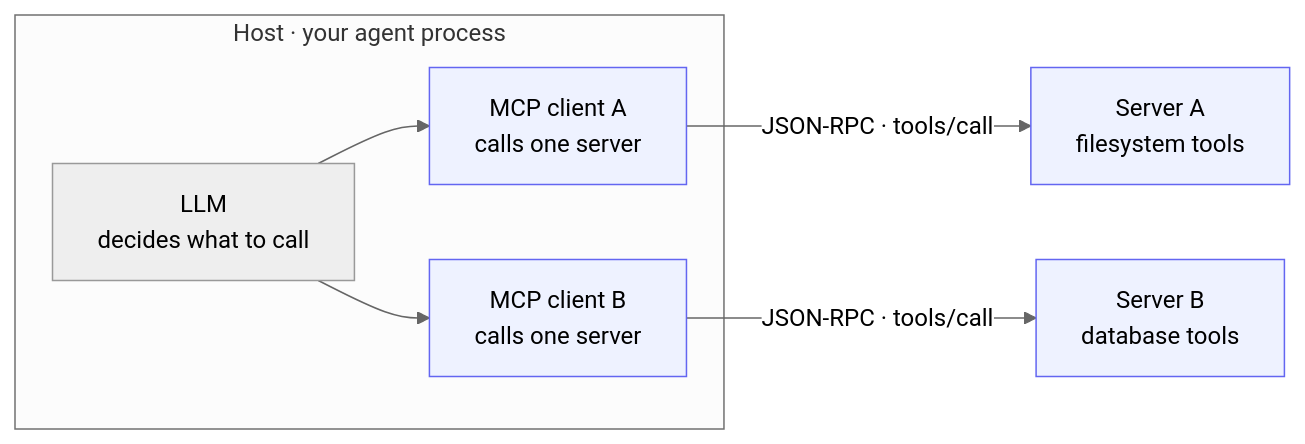
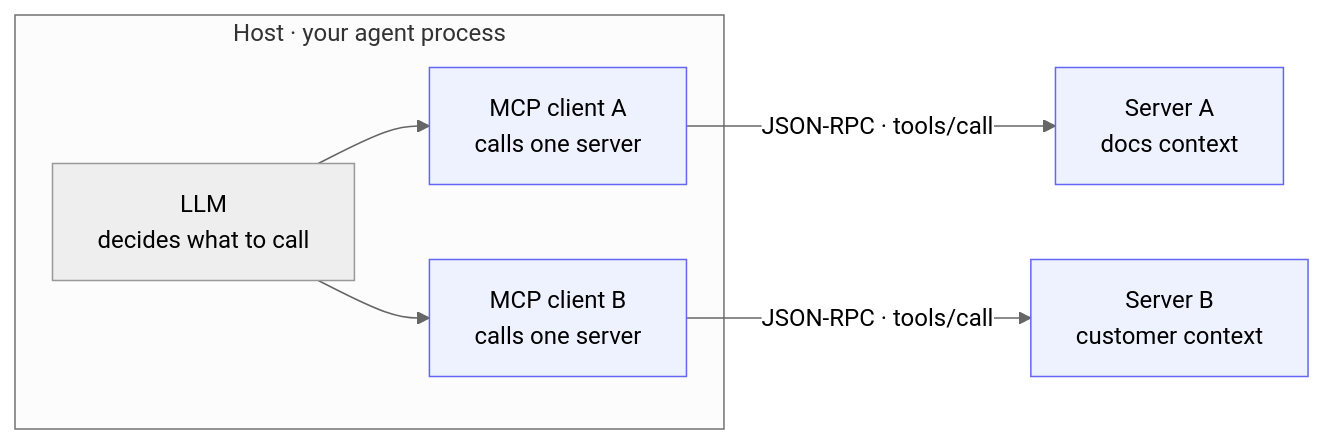
Before and after one commit to confident-ai/confident-docs: the second of 4 diagrams in fern/docs/pages/guides/evaluating-mcp.mdx, drawn with Mermaid (neutral theme). The commit also changed other lines of this file, not shown here.

````diff
--- a/fern/docs/pages/guides/evaluating-mcp.mdx
+++ b/fern/docs/pages/guides/evaluating-mcp.mdx
@@ -110,18 +110,18 @@
 ```mermaid
 graph LR
     subgraph Host["Host · your agent process"]
         LLM2["LLM<br/>decides what to call"]
         CA["MCP client A<br/>calls one server"]
         CB["MCP client B<br/>calls one server"]
         LLM2 --> CA
         LLM2 --> CB
     end
 
-    CA -->|"JSON-RPC · tools/call"| SA["Server A<br/>filesystem tools"]
-    CB -->|"JSON-RPC · tools/call"| SB["Server B<br/>database tools"]
+    CA -->|"JSON-RPC · tools/call"| SA["Server A<br/>docs context"]
+    CB -->|"JSON-RPC · tools/call"| SB["Server B<br/>customer context"]
 
     style CA fill:#eef2ff,stroke:#6366f1
     style CB fill:#eef2ff,stroke:#6366f1
     style SA fill:#eef2ff,stroke:#6366f1
     style SB fill:#eef2ff,stroke:#6366f1
 ```
````
